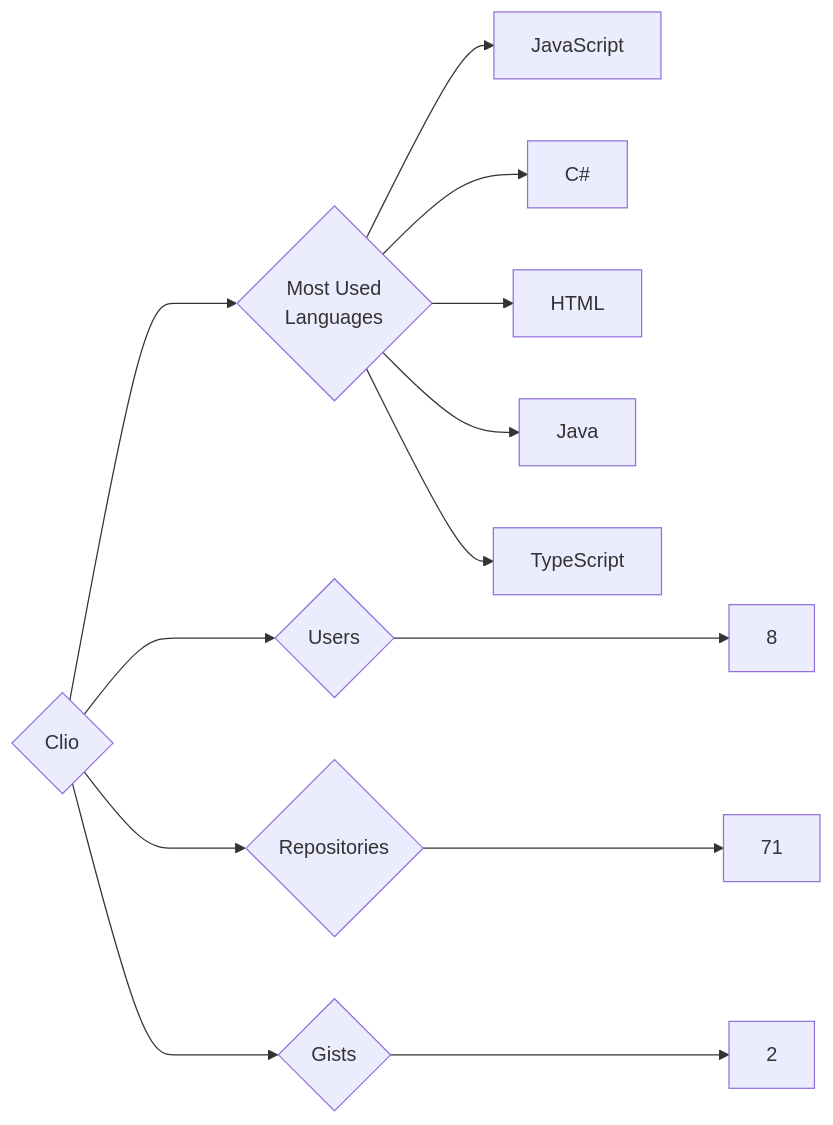
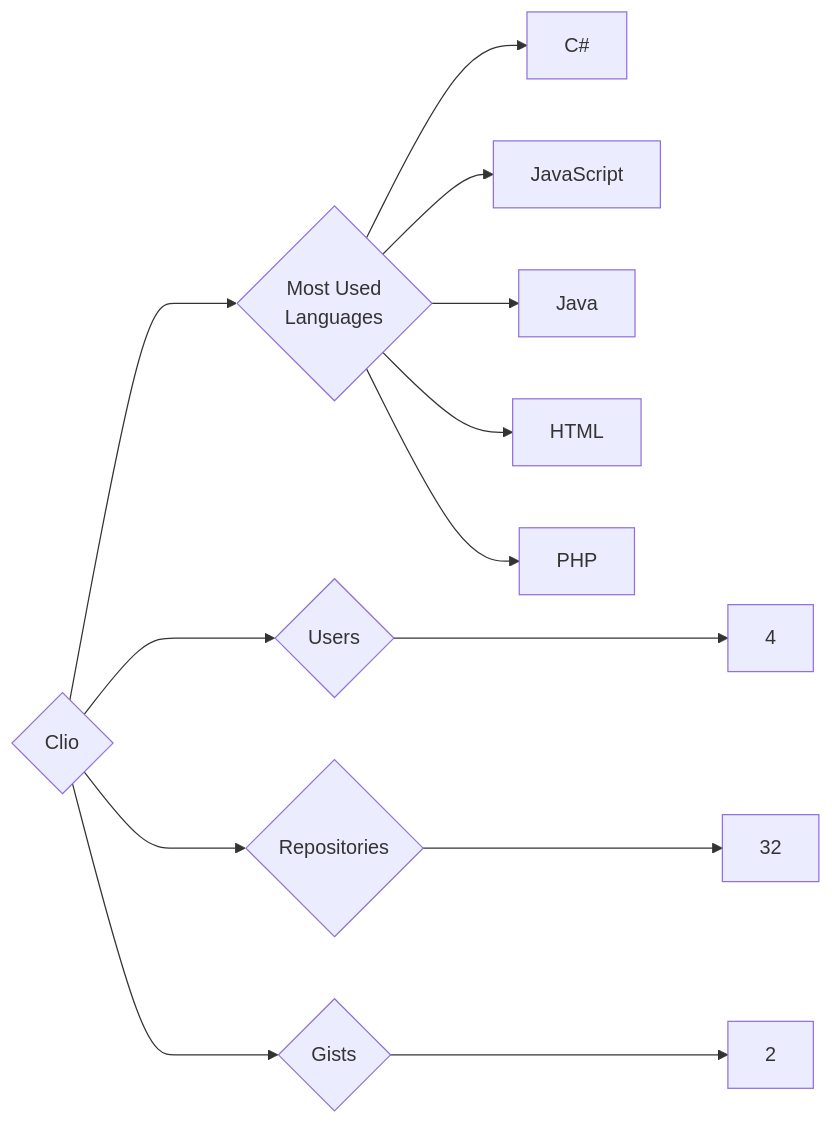
The diagram in targets/Clio/README.md (trickest/insiders), drawn with Mermaid before and after one commit. The commit also changed 1148 other files, not shown here.

````diff
--- a/targets/Clio/README.md
+++ b/targets/Clio/README.md
@@ -3,13 +3,13 @@
 ```mermaid
 graph LR
 COMPANY_NAME{Clio}
-COMPANY_NAME ---> U{Users} ---> UN[8]
-COMPANY_NAME ---> R{Repositories} ---> RN[71]
+COMPANY_NAME ---> U{Users} ---> UN[4]
+COMPANY_NAME ---> R{Repositories} ---> RN[32]
 COMPANY_NAME ---> G{Gists} ---> GN[2]
 COMPANY_NAME ---> ML{Most Used<br>Languages}
+ML --> C#[C#]
 ML --> JavaScript[JavaScript]
-ML --> C#[C#]
+ML --> Java[Java]
 ML --> HTML[HTML]
-ML --> Java[Java]
-ML --> TypeScript[TypeScript]
+ML --> PHP[PHP]
 ```
````
